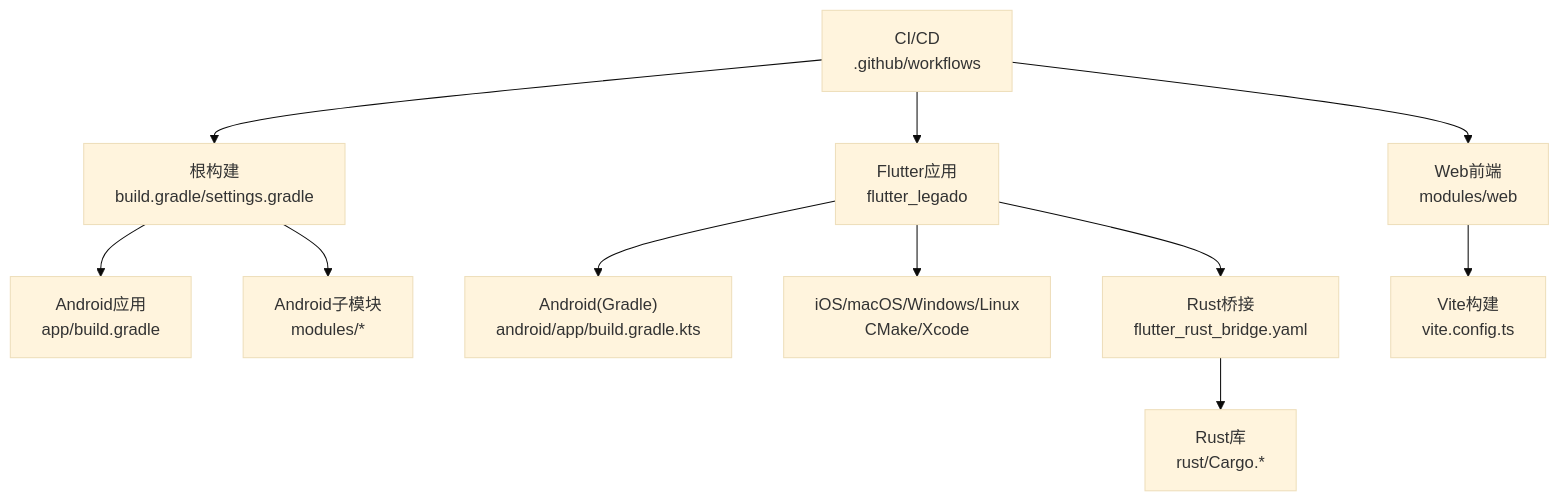
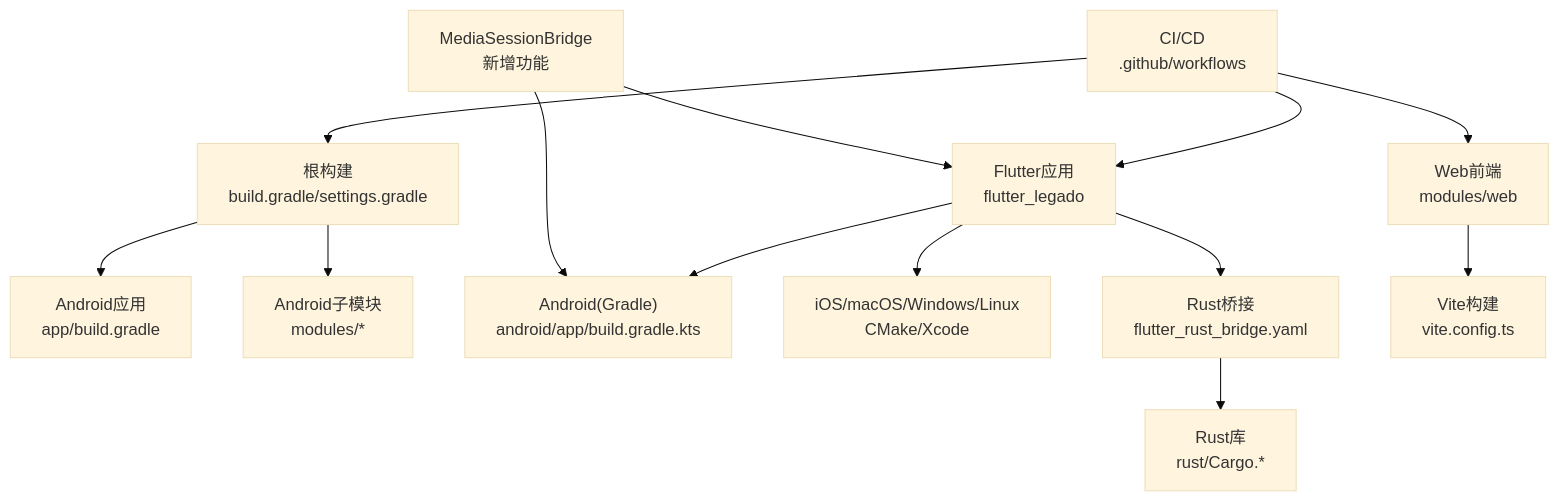
One commit to ZhangGHGitHub/LegadoTeamFlutter changed the first of 8 diagrams in .qoder/repowiki/zh/content/构建和部署/构建和部署.md. Above: the diagram before and after it, drawn with Mermaid (base theme). The commit also changed other lines of this file and 66 other files, not shown here.

````diff
--- a/.qoder/repowiki/zh/content/构建和部署/构建和部署.md
+++ b/.qoder/repowiki/zh/content/构建和部署/构建和部署.md
@@ -53,13 +62,15 @@
 ```mermaid
 graph TB
 A["根构建<br/>build.gradle/settings.gradle"] --> B["Android应用<br/>app/build.gradle"]
 A --> C["Android子模块<br/>modules/*"]
 D["Flutter应用<br/>flutter_legado"] --> E["Android(Gradle)<br/>android/app/build.gradle.kts"]
 D --> F["iOS/macOS/Windows/Linux<br/>CMake/Xcode"]
 D --> G["Rust桥接<br/>flutter_rust_bridge.yaml"]
 G --> H["Rust库<br/>rust/Cargo.*"]
 I["Web前端<br/>modules/web"] --> J["Vite构建<br/>vite.config.ts"]
 K["CI/CD<br/>.github/workflows"] --> A
 K --> D
 K --> I
+L["MediaSessionBridge<br/>新增功能"] --> E
+L --> D
 ```
````
